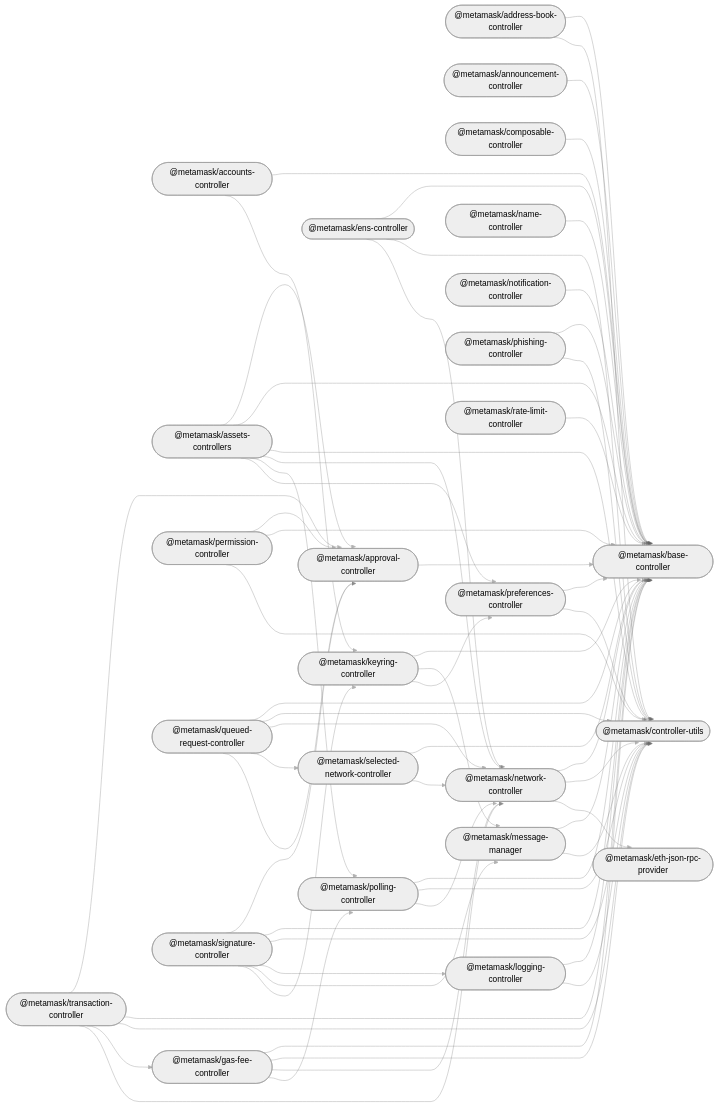
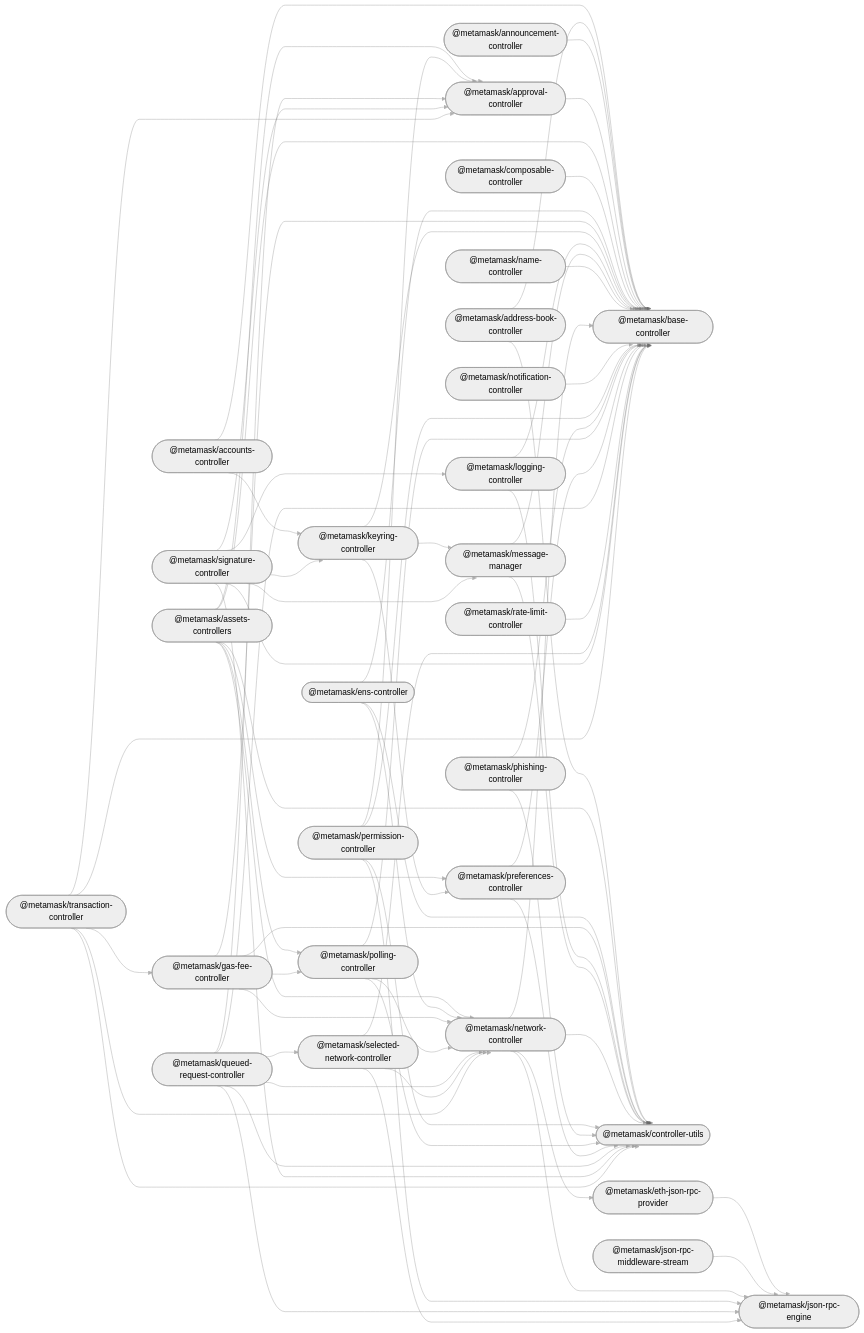
Before and after one commit to MetaMask/core: the diagram in README.md, drawn with Mermaid (neutral theme). The commit also changed other lines of this file, not shown here.

Commit message:
Update root README dependency graph to include `@metamask/json-rpc-engine`, `@metamask/json-rpc-middleware-stream`

```diff
--- a/README.md
+++ b/README.md
@@ -52,6 +54,8 @@
   ens_controller(["@metamask/ens-controller"]);
   eth_json_rpc_provider(["@metamask/eth-json-rpc-provider"]);
   gas_fee_controller(["@metamask/gas-fee-controller"]);
+  json_rpc_engine(["@metamask/json-rpc-engine"]);
+  json_rpc_middleware_stream(["@metamask/json-rpc-middleware-stream"]);
   keyring_controller(["@metamask/keyring-controller"]);
   logging_controller(["@metamask/logging-controller"]);
   message_manager(["@metamask/message-manager"]);
@@ -83,10 +87,12 @@
   ens_controller --> base_controller;
   ens_controller --> controller_utils;
   ens_controller --> network_controller;
+  eth_json_rpc_provider --> json_rpc_engine;
   gas_fee_controller --> base_controller;
   gas_fee_controller --> controller_utils;
   gas_fee_controller --> network_controller;
   gas_fee_controller --> polling_controller;
+  json_rpc_middleware_stream --> json_rpc_engine;
   keyring_controller --> base_controller;
   keyring_controller --> message_manager;
   keyring_controller --> preferences_controller;
@@ -98,10 +104,12 @@
   network_controller --> base_controller;
   network_controller --> controller_utils;
   network_controller --> eth_json_rpc_provider;
+  network_controller --> json_rpc_engine;
   notification_controller --> base_controller;
   permission_controller --> approval_controller;
   permission_controller --> base_controller;
   permission_controller --> controller_utils;
+  permission_controller --> json_rpc_engine;
   phishing_controller --> base_controller;
   phishing_controller --> controller_utils;
   polling_controller --> base_controller;
@@ -111,11 +119,13 @@
   preferences_controller --> controller_utils;
   queued_request_controller --> base_controller;
   queued_request_controller --> controller_utils;
+  queued_request_controller --> json_rpc_engine;
   queued_request_controller --> network_controller;
   queued_request_controller --> selected_network_controller;
   queued_request_controller --> approval_controller;
   rate_limit_controller --> base_controller;
   selected_network_controller --> base_controller;
+  selected_network_controller --> json_rpc_engine;
   selected_network_controller --> network_controller;
   signature_controller --> approval_controller;
   signature_controller --> base_controller;
```
